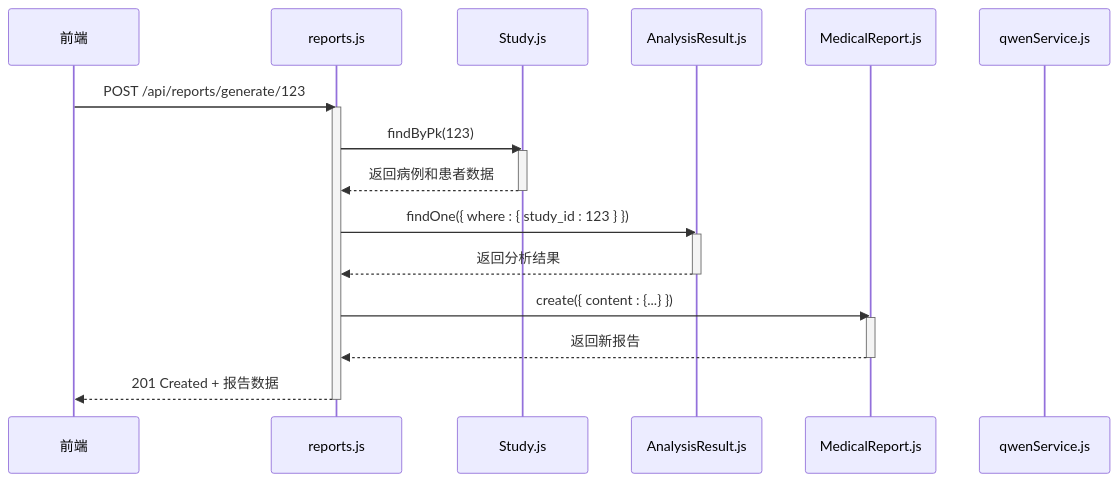
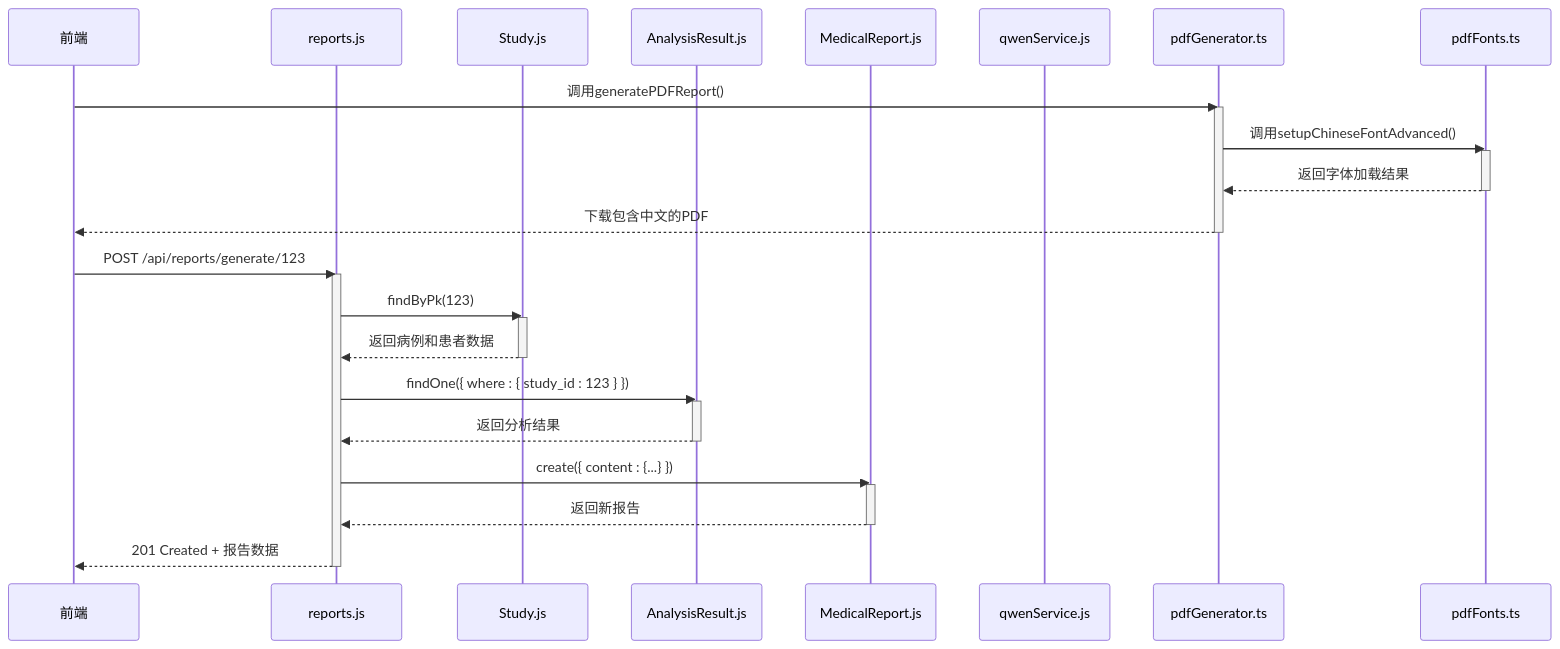
The second of 7 diagrams in wiki/后端架构/业务逻辑层/报告生成服务.md (xingranya/CervixDetectAI), drawn with Mermaid before and after one commit. The commit also changed other lines of this file and 7 other files, not shown here.

First line of the commit message:
docs(api): 更新头像API文档，新增图片元数据及尺寸字段

````diff
--- a/wiki/后端架构/业务逻辑层/报告生成服务.md
+++ b/wiki/后端架构/业务逻辑层/报告生成服务.md
@@ -71,25 +96,35 @@
 ```mermaid
 sequenceDiagram
 participant 前端 as 前端
 participant ReportsRoute as reports.js
 participant StudyModel as Study.js
 participant AnalysisResultModel as AnalysisResult.js
 participant MedicalReportModel as MedicalReport.js
 participant QwenService as qwenService.js
+participant PDFGen as pdfGenerator.ts
+participant FontSupport as pdfFonts.ts
+前端->>PDFGen : 调用generatePDFReport()
+activate PDFGen
+PDFGen->>FontSupport : 调用setupChineseFontAdvanced()
+activate FontSupport
+FontSupport-->>PDFGen : 返回字体加载结果
+deactivate FontSupport
+PDFGen-->>前端 : 下载包含中文的PDF
+deactivate PDFGen
 前端->>ReportsRoute : POST /api/reports/generate/123
 activate ReportsRoute
 ReportsRoute->>StudyModel : findByPk(123)
 activate StudyModel
 StudyModel-->>ReportsRoute : 返回病例和患者数据
 deactivate StudyModel
 ReportsRoute->>AnalysisResultModel : findOne({ where : { study_id : 123 } })
 activate AnalysisResultModel
 AnalysisResultModel-->>ReportsRoute : 返回分析结果
 deactivate AnalysisResultModel
 ReportsRoute->>MedicalReportModel : create({ content : {...} })
 activate MedicalReportModel
 MedicalReportModel-->>ReportsRoute : 返回新报告
 deactivate MedicalReportModel
 ReportsRoute-->>前端 : 201 Created + 报告数据
 deactivate ReportsRoute
 ```
````
